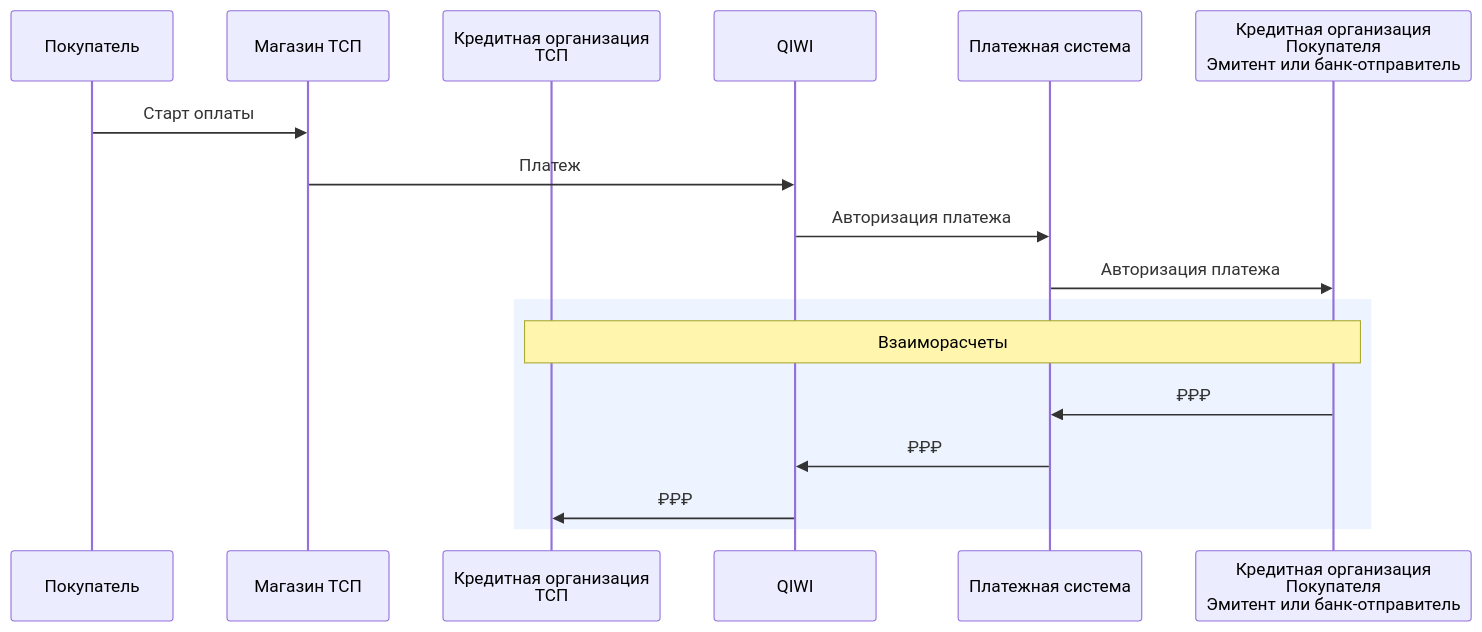
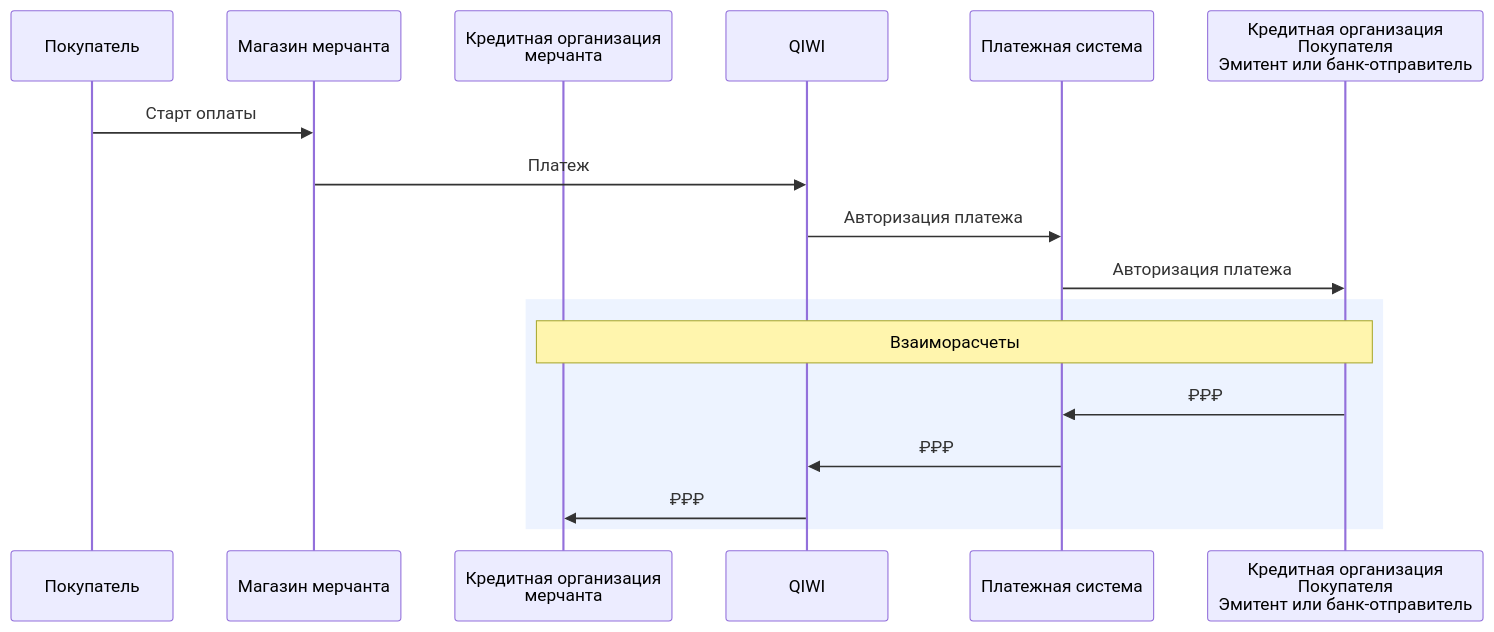
Before and after one commit to QIWI-API/payments-docs: the diagram in _intro_ru.html.md, drawn with Mermaid. The commit also changed other lines of this file and 13 other files, not shown here.

```diff
--- a/_intro_ru.html.md
+++ b/_intro_ru.html.md
@@ -83,19 +85,19 @@
 <div class="mermaid">
 sequenceDiagram
 participant customer as Покупатель
-participant store as Магазин ТСП
-participant ipsstore as Кредитная организация <br/> ТСП
+participant store as Магазин мерчанта
+participant ipsstore as Кредитная организация <br/> мерчанта
 participant qb as QIWI
 participant ips as Платежная система
 participant ipscust as Кредитная организация <br/> Покупателя <br/> Эмитент или банк-отправитель
 customer->>store:Старт оплаты
 store->>qb:Платеж
 qb->>ips:Авторизация платежа
 ips->>ipscust:Авторизация платежа
 rect rgb(237, 243, 255)
 Note over ipsstore, ipscust:Взаиморасчеты
 ipscust->>ips:₽₽₽
 ips->>qb:₽₽₽
 qb->>ipsstore:₽₽₽
 end
 </div>
```
